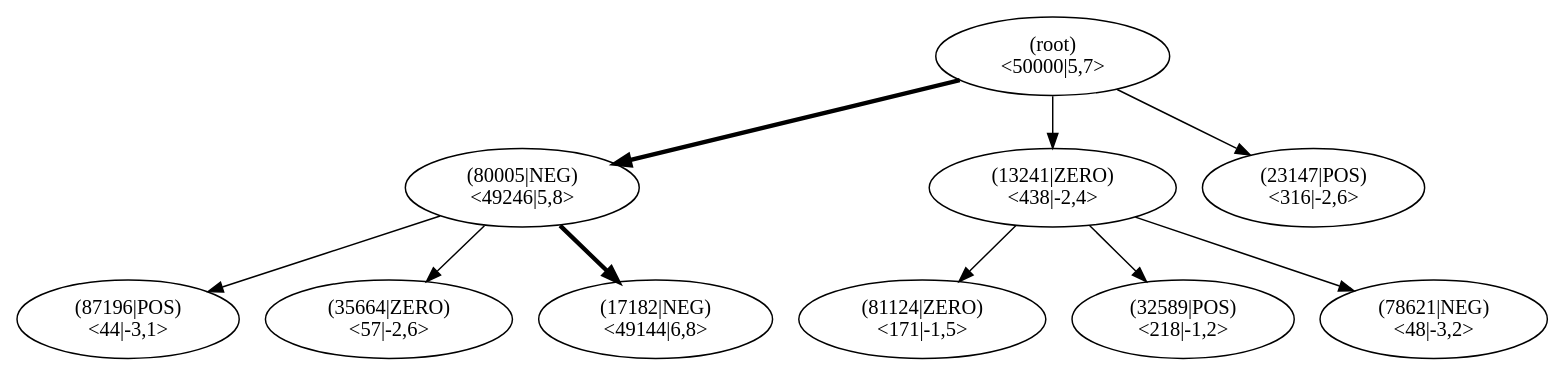
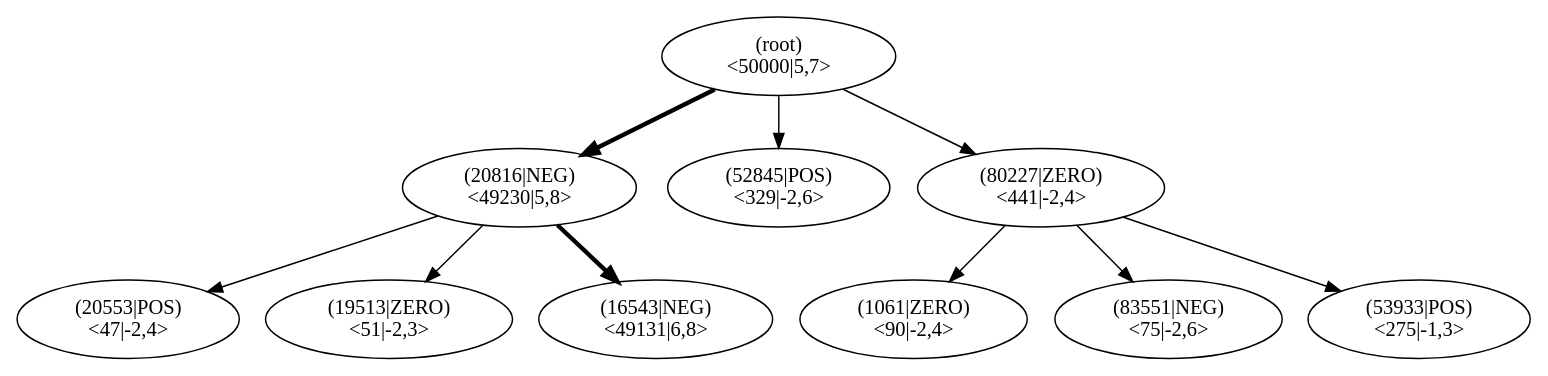
One commit to JonasHellgren/relexp-java changed the diagram in pictures/ch13/lane_test_mcts.dot. Above: the diagram before and after it, drawn with Graphviz. The commit also changed 24 other files, not shown here.

```diff
--- a/pictures/ch13/lane_test_mcts.dot
+++ b/pictures/ch13/lane_test_mcts.dot
@@ -1,32 +1,32 @@
 digraph MCTS {
 node [shape=ellipse];
 Nroot [label="(root)
 <50000|5,7>"];
-Nroot -> N80005[penwidth=3];
-N80005 [label="(80005|NEG)
-<49246|5,8>"];
-N80005 -> N87196[penwidth=1];
-N87196 [label="(87196|POS)
-<44|-3,1>"];
-N80005 -> N35664[penwidth=1];
-N35664 [label="(35664|ZERO)
-<57|-2,6>"];
-N80005 -> N17182[penwidth=3];
-N17182 [label="(17182|NEG)
-<49144|6,8>"];
-Nroot -> N13241[penwidth=1];
-N13241 [label="(13241|ZERO)
-<438|-2,4>"];
-N13241 -> N81124[penwidth=1];
-N81124 [label="(81124|ZERO)
-<171|-1,5>"];
-N13241 -> N32589[penwidth=1];
-N32589 [label="(32589|POS)
-<218|-1,2>"];
-N13241 -> N78621[penwidth=1];
-N78621 [label="(78621|NEG)
-<48|-3,2>"];
-Nroot -> N23147[penwidth=1];
-N23147 [label="(23147|POS)
-<316|-2,6>"];
+Nroot -> N20816[penwidth=3];
+N20816 [label="(20816|NEG)
+<49230|5,8>"];
+N20816 -> N20553[penwidth=1];
+N20553 [label="(20553|POS)
+<47|-2,4>"];
+N20816 -> N19513[penwidth=1];
+N19513 [label="(19513|ZERO)
+<51|-2,3>"];
+N20816 -> N16543[penwidth=3];
+N16543 [label="(16543|NEG)
+<49131|6,8>"];
+Nroot -> N52845[penwidth=1];
+N52845 [label="(52845|POS)
+<329|-2,6>"];
+Nroot -> N80227[penwidth=1];
+N80227 [label="(80227|ZERO)
+<441|-2,4>"];
+N80227 -> N1061[penwidth=1];
+N1061 [label="(1061|ZERO)
+<90|-2,4>"];
+N80227 -> N83551[penwidth=1];
+N83551 [label="(83551|NEG)
+<75|-2,6>"];
+N80227 -> N53933[penwidth=1];
+N53933 [label="(53933|POS)
+<275|-1,3>"];
 }
```
